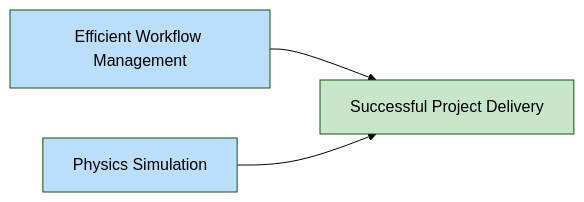
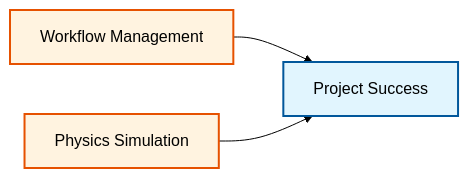
One commit to wramet/build-my-cfd changed the second of 2 diagrams in MODULE_07_UTILITIES_AUTOMATION/CONTENT/01_UTILITIES_OVERVIEW/01_Introduction.md. Above: the diagram before and after it, drawn with Mermaid (forest theme). The commit also changed other lines of this file and 313 other files, not shown here.

Commit message:
Revise all diagram

````diff
--- a/MODULE_07_UTILITIES_AUTOMATION/CONTENT/01_UTILITIES_OVERVIEW/01_Introduction.md
+++ b/MODULE_07_UTILITIES_AUTOMATION/CONTENT/01_UTILITIES_OVERVIEW/01_Introduction.md
@@ -149,9 +149,7 @@
 ```mermaid
 flowchart LR
-    A[Efficient Workflow Management] --> B[Successful Project Delivery]
-    C[Physics Simulation] --> B
-
-    style A fill:#bbdefb
-    style C fill:#bbdefb
-    style B fill:#c8e6c9
+classDef implicit fill:#e1f5fe,stroke:#01579b,stroke-width:2px,color:#000
+classDef explicit fill:#fff3e0,stroke:#e65100,stroke-width:2px,color:#000
+A[Workflow Management]:::explicit --> B[Project Success]:::implicit
+C[Physics Simulation]:::explicit --> B
 ```
````
